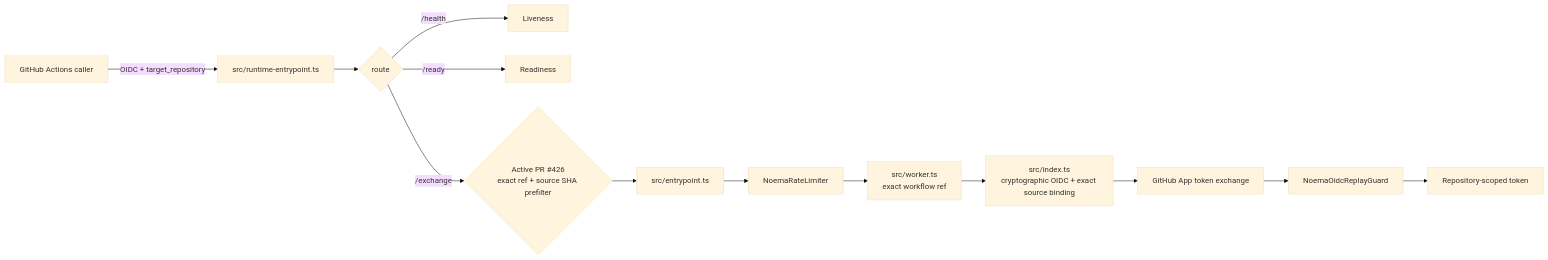
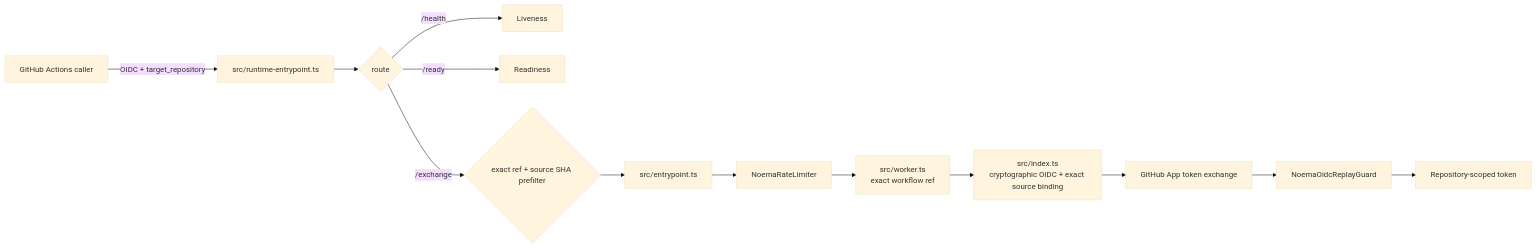
Before and after one commit to ContextualWisdomLab/noema: the diagram in ARCHITECTURE.md, drawn with Mermaid (base theme). The commit also changed other lines of this file, not shown here.

Commit message:
docs(architecture): reconcile protected OIDC trust truth

````diff
--- a/ARCHITECTURE.md
+++ b/ARCHITECTURE.md
@@ -37,15 +39,15 @@
 ```mermaid
 flowchart LR
   A[GitHub Actions caller] -->|OIDC + target_repository| B[src/runtime-entrypoint.ts]
   B --> C{route}
   C -->|/health| H[Liveness]
   C -->|/ready| R[Readiness]
-  C -->|/exchange| S{Active PR #426\nexact ref + source SHA prefilter}
+  C -->|/exchange| S{exact ref + source SHA prefilter}
   S --> E[src/entrypoint.ts]
   E --> L[NoemaRateLimiter]
   L --> W[src/worker.ts\nexact workflow ref]
   W --> O[src/index.ts\ncryptographic OIDC + exact source binding]
   O --> G[GitHub App token exchange]
   G --> P[NoemaOidcReplayGuard]
   P --> T[Repository-scoped token]
 ```
````
